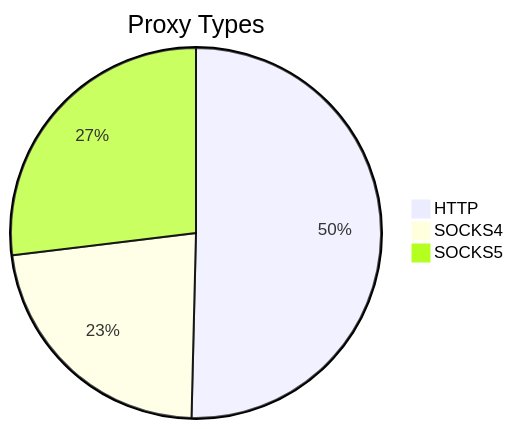
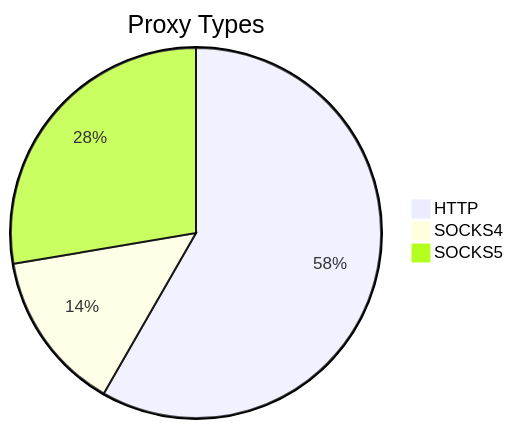
Before and after one commit to stormsia/proxy-list: the first of 2 diagrams in README.md, drawn with Mermaid. The commit also changed other lines of this file, not shown here.

````diff
--- a/README.md
+++ b/README.md
@@ -21,6 +21,6 @@
 ```mermaid
 pie title Proxy Types
-    "HTTP" : 262
-    "SOCKS4" : 118
-    "SOCKS5" : 140
+    "HTTP" : 274
+    "SOCKS4" : 66
+    "SOCKS5" : 130
 ```
````
